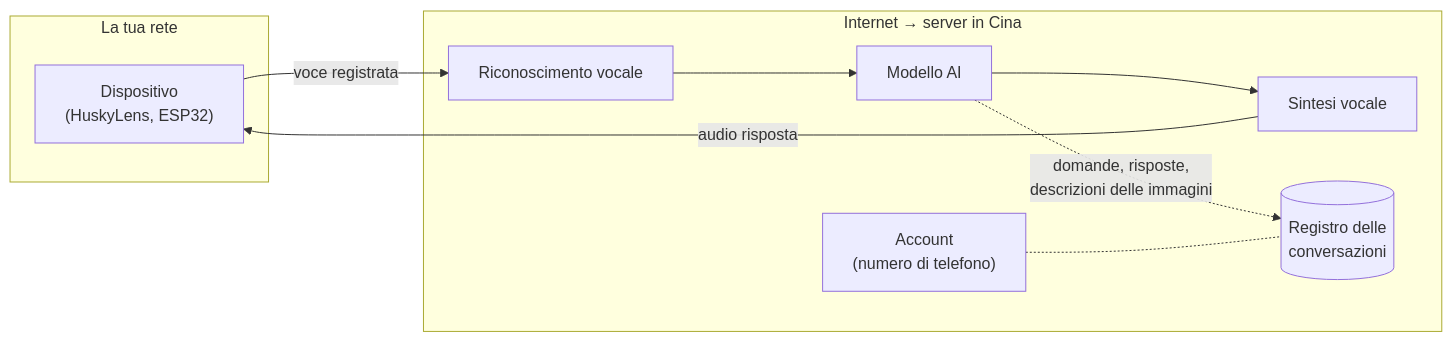
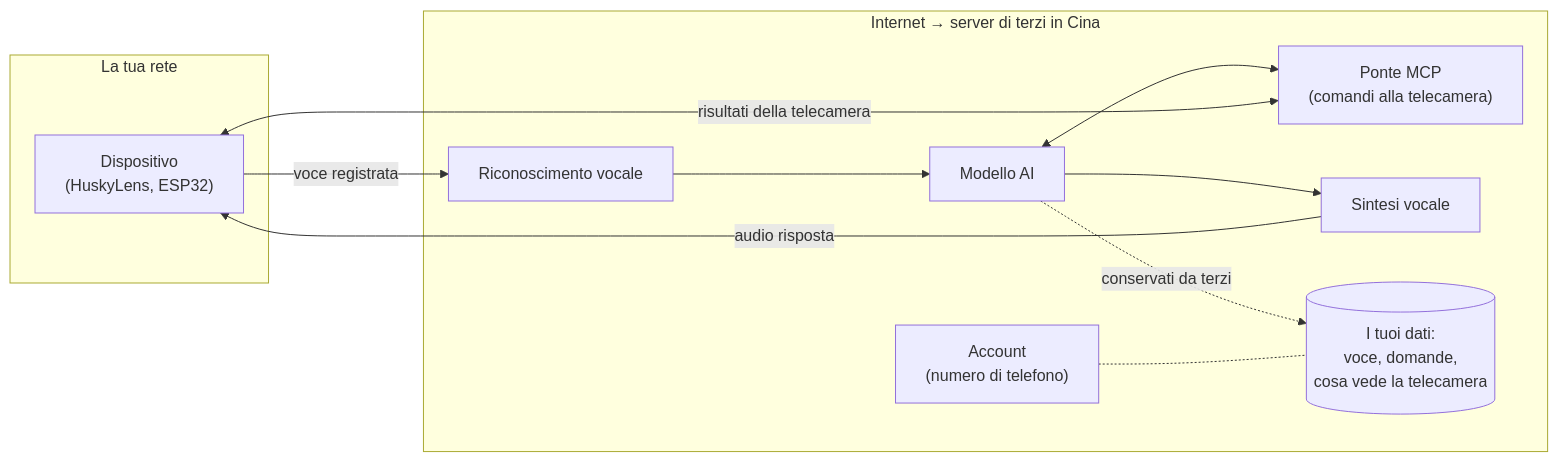
One commit to BitJacker/xiaozhi-local-server changed the first of 2 diagrams in PRIVACY.md. Above: the diagram before and after it, drawn with Mermaid. The commit also changed other lines of this file and 15 other files, not shown here.

````diff
--- a/PRIVACY.md
+++ b/PRIVACY.md
@@ -11,16 +14,18 @@
 ```mermaid
 flowchart LR
     subgraph casa["La tua rete"]
         D["Dispositivo<br/>(HuskyLens, ESP32)"]
     end
-    subgraph cloud["Internet → server in Cina"]
+    subgraph cloud["Internet → server di terzi in Cina"]
         A["Account<br/>(numero di telefono)"]
         S["Riconoscimento vocale"]
         L["Modello AI"]
+        M["Ponte MCP<br/>(comandi alla telecamera)"]
         T["Sintesi vocale"]
-        DB[("Registro delle<br/>conversazioni")]
+        DB[("I tuoi dati:<br/>voce, domande,<br/>cosa vede la telecamera")]
     end
     D -- "voce registrata" --> S --> L --> T -- "audio risposta" --> D
-    L -. "domande, risposte,<br/>descrizioni delle immagini" .-> DB
+    L <--> M <-- "risultati della telecamera" --> D
+    L -. "conservati da terzi" .-> DB
     A -.- DB
 ```
````
